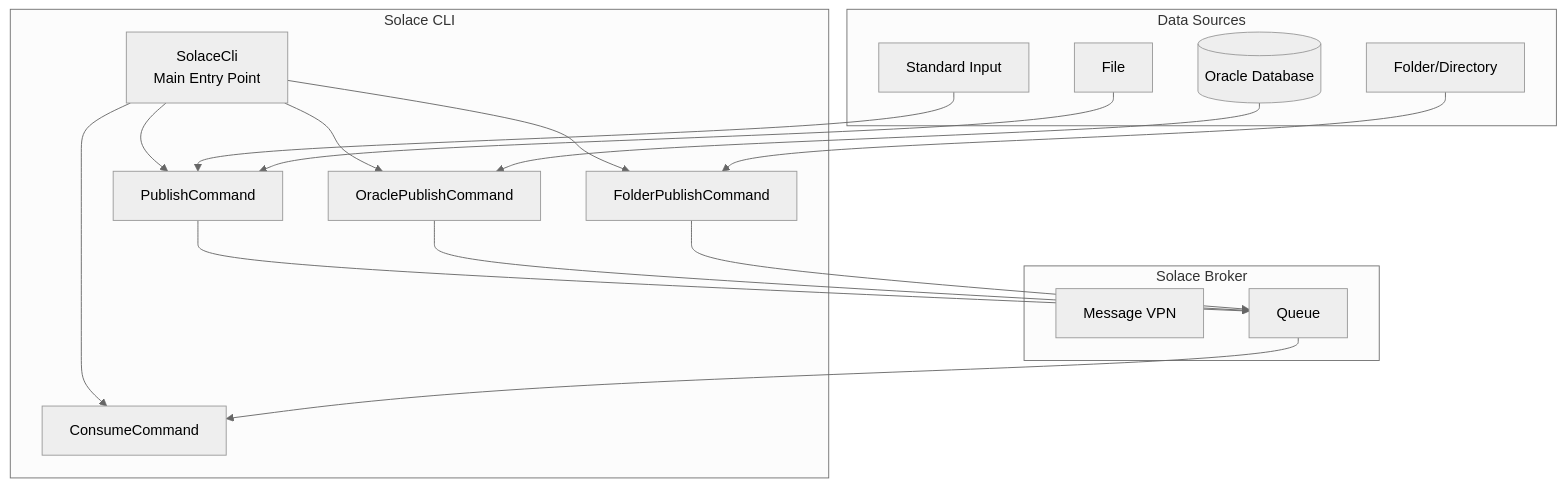
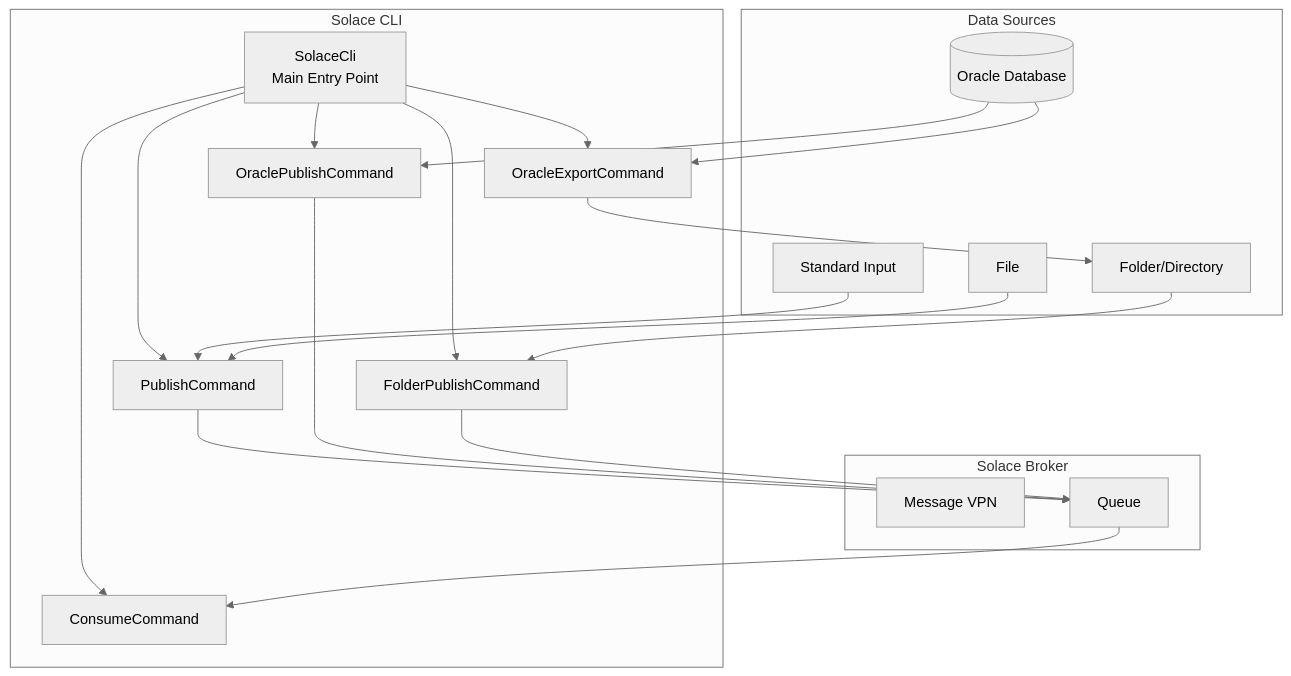
The first of 17 diagrams in README.md (OptimalMatch/reference-java-commandline-oracle-solace), drawn with Mermaid (neutral theme) before and after one commit. The commit also changed other lines of this file and 4 other files, not shown here.

First line of the commit message:
Add oracle-export command for two-step workflow

````diff
--- a/README.md
+++ b/README.md
@@ -7,37 +7,41 @@
 ```mermaid
 graph TB
     subgraph "Solace CLI"
         CLI[SolaceCli<br/>Main Entry Point]
         PUB[PublishCommand]
         CON[ConsumeCommand]
         ORA[OraclePublishCommand]
+        EXP[OracleExportCommand]
         DIR[FolderPublishCommand]
 
         CLI --> PUB
         CLI --> CON
         CLI --> ORA
+        CLI --> EXP
         CLI --> DIR
     end
 
     subgraph "Data Sources"
         STDIN[Standard Input]
         FILE[File]
         FOLDER[Folder/Directory]
         DB[(Oracle Database)]
     end
 
     subgraph "Solace Broker"
         VPN[Message VPN]
         QUEUE[Queue]
     end
 
     STDIN --> PUB
     FILE --> PUB
     FOLDER --> DIR
     DB --> ORA
+    DB --> EXP
+    EXP --> FOLDER
 
     PUB --> QUEUE
     ORA --> QUEUE
     DIR --> QUEUE
     QUEUE --> CON
 ```
````
